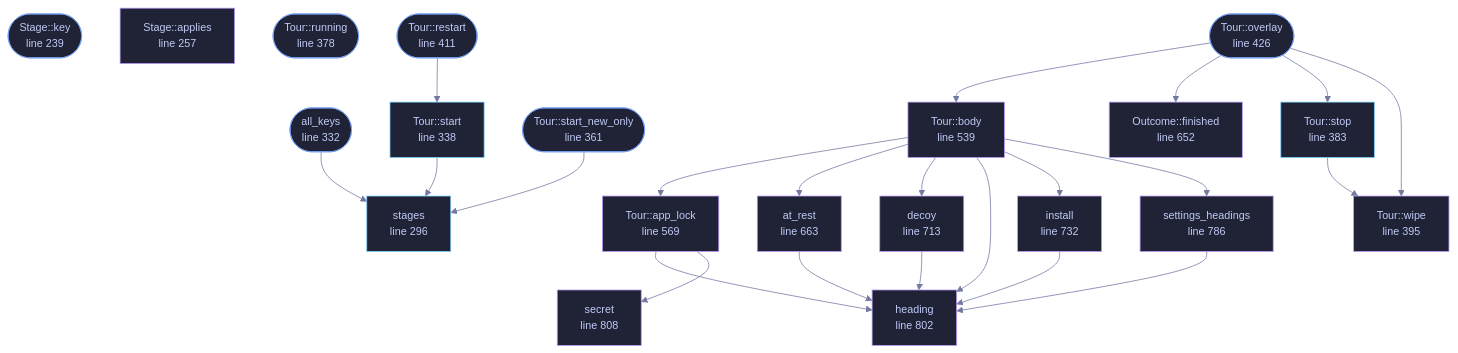
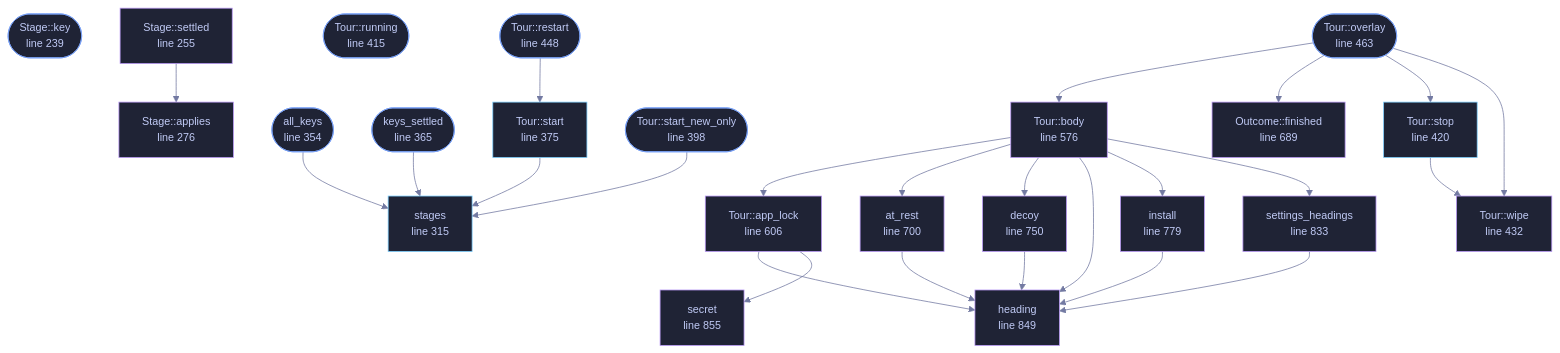
The diagram in docs/files/veilvoice-gui/tour.md (tilas01/veilvoice), drawn with Mermaid before and after one commit. The commit also changed other lines of this file and 48 other files, not shown here.

````diff
--- a/docs/files/veilvoice-gui/tour.md
+++ b/docs/files/veilvoice-gui/tour.md
@@ -173,71 +175,77 @@
 ```mermaid
 %%{init: {"theme":"base","themeVariables":{"background":"#1a1b26","primaryColor":"#1f2335","primaryTextColor":"#c0caf5","primaryBorderColor":"#7aa2f7","secondaryColor":"#16161e","tertiaryColor":"#16161e","lineColor":"#737aa2","textColor":"#c0caf5","mainBkg":"#1f2335","nodeBorder":"#7aa2f7","clusterBkg":"#16161e","clusterBorder":"#2f3549","fontFamily":"ui-monospace, SFMono-Regular, Consolas, monospace","fontSize":"14px"}}}%%
 flowchart TD
     n_key(["Stage::key<br/>line 239"])
-    n_applies["Stage::applies<br/>line 257"]
-    n_stages["stages<br/>line 296"]
-    n_all_keys(["all_keys<br/>line 332"])
-    n_start["Tour::start<br/>line 338"]
-    n_start_new_only(["Tour::start_new_only<br/>line 361"])
-    n_running(["Tour::running<br/>line 378"])
-    n_stop["Tour::stop<br/>line 383"]
-    n_wipe["Tour::wipe<br/>line 395"]
-    n_restart(["Tour::restart<br/>line 411"])
-    n_overlay(["Tour::overlay<br/>line 426"])
-    n_body["Tour::body<br/>line 539"]
-    n_app_lock["Tour::app_lock<br/>line 569"]
-    n_finished["Outcome::finished<br/>line 652"]
-    n_at_rest["at_rest<br/>line 663"]
-    n_decoy["decoy<br/>line 713"]
-    n_install["install<br/>line 732"]
-    n_settings_headings["settings_headings<br/>line 786"]
-    n_heading["heading<br/>line 802"]
-    n_secret["secret<br/>line 808"]
+    n_settled["Stage::settled<br/>line 255"]
+    n_applies["Stage::applies<br/>line 276"]
+    n_stages["stages<br/>line 315"]
+    n_all_keys(["all_keys<br/>line 354"])
+    n_keys_settled(["keys_settled<br/>line 365"])
+    n_start["Tour::start<br/>line 375"]
+    n_start_new_only(["Tour::start_new_only<br/>line 398"])
+    n_running(["Tour::running<br/>line 415"])
+    n_stop["Tour::stop<br/>line 420"]
+    n_wipe["Tour::wipe<br/>line 432"]
+    n_restart(["Tour::restart<br/>line 448"])
+    n_overlay(["Tour::overlay<br/>line 463"])
+    n_body["Tour::body<br/>line 576"]
+    n_app_lock["Tour::app_lock<br/>line 606"]
+    n_finished["Outcome::finished<br/>line 689"]
+    n_at_rest["at_rest<br/>line 700"]
+    n_decoy["decoy<br/>line 750"]
+    n_install["install<br/>line 779"]
+    n_settings_headings["settings_headings<br/>line 833"]
+    n_heading["heading<br/>line 849"]
+    n_secret["secret<br/>line 855"]
     n_all_keys --> n_stages
     n_app_lock --> n_heading
     n_app_lock --> n_secret
     n_at_rest --> n_heading
     n_body --> n_app_lock
     n_body --> n_at_rest
     n_body --> n_decoy
     n_body --> n_heading
     n_body --> n_install
     n_body --> n_settings_headings
     n_decoy --> n_heading
     n_install --> n_heading
+    n_keys_settled --> n_stages
     n_overlay --> n_body
     n_overlay --> n_finished
     n_overlay --> n_stop
     n_overlay --> n_wipe
     n_restart --> n_start
     n_settings_headings --> n_heading
+    n_settled --> n_applies
     n_start --> n_stages
     n_start_new_only --> n_stages
     n_stop --> n_wipe
     click n_key href "https://github.com/tilas01/veilvoice/blob/main/crates/veilvoice-gui/src/tour.rs#L239" "open the source"
-    click n_applies href "https://github.com/tilas01/veilvoice/blob/main/crates/veilvoice-gui/src/tour.rs#L257" "open the source"
-    click n_stages href "https://github.com/tilas01/veilvoice/blob/main/crates/veilvoice-gui/src/tour.rs#L296" "open the source"
-    click n_all_keys href "https://github.com/tilas01/veilvoice/blob/main/crates/veilvoice-gui/src/tour.rs#L332" "open the source"
-    click n_start href "https://github.com/tilas01/veilvoice/blob/main/crates/veilvoice-gui/src/tour.rs#L338" "open the source"
-    click n_start_new_only href "https://github.com/tilas01/veilvoice/blob/main/crates/veilvoice-gui/src/tour.rs#L361" "open the source"
-    click n_running href "https://github.com/tilas01/veilvoice/blob/main/crates/veilvoice-gui/src/tour.rs#L378" "open the source"
-    click n_stop href "https://github.com/tilas01/veilvoice/blob/main/crates/veilvoice-gui/src/tour.rs#L383" "open the source"
-    click n_wipe href "https://github.com/tilas01/veilvoice/blob/main/crates/veilvoice-gui/src/tour.rs#L395" "open the source"
-    click n_restart href "https://github.com/tilas01/veilvoice/blob/main/crates/veilvoice-gui/src/tour.rs#L411" "open the source"
-    click n_overlay href "https://github.com/tilas01/veilvoice/blob/main/crates/veilvoice-gui/src/tour.rs#L426" "open the source"
-    click n_body href "https://github.com/tilas01/veilvoice/blob/main/crates/veilvoice-gui/src/tour.rs#L539" "open the source"
-    click n_app_lock href "https://github.com/tilas01/veilvoice/blob/main/crates/veilvoice-gui/src/tour.rs#L569" "open the source"
-    click n_finished href "https://github.com/tilas01/veilvoice/blob/main/crates/veilvoice-gui/src/tour.rs#L652" "open the source"
-    click n_at_rest href "https://github.com/tilas01/veilvoice/blob/main/crates/veilvoice-gui/src/tour.rs#L663" "open the source"
-    click n_decoy href "https://github.com/tilas01/veilvoice/blob/main/crates/veilvoice-gui/src/tour.rs#L713" "open the source"
-    click n_install href "https://github.com/tilas01/veilvoice/blob/main/crates/veilvoice-gui/src/tour.rs#L732" "open the source"
-    click n_settings_headings href "https://github.com/tilas01/veilvoice/blob/main/crates/veilvoice-gui/src/tour.rs#L786" "open the source"
-    click n_heading href "https://github.com/tilas01/veilvoice/blob/main/crates/veilvoice-gui/src/tour.rs#L802" "open the source"
-    click n_secret href "https://github.com/tilas01/veilvoice/blob/main/crates/veilvoice-gui/src/tour.rs#L808" "open the source"
+    click n_settled href "https://github.com/tilas01/veilvoice/blob/main/crates/veilvoice-gui/src/tour.rs#L255" "open the source"
+    click n_applies href "https://github.com/tilas01/veilvoice/blob/main/crates/veilvoice-gui/src/tour.rs#L276" "open the source"
+    click n_stages href "https://github.com/tilas01/veilvoice/blob/main/crates/veilvoice-gui/src/tour.rs#L315" "open the source"
+    click n_all_keys href "https://github.com/tilas01/veilvoice/blob/main/crates/veilvoice-gui/src/tour.rs#L354" "open the source"
+    click n_keys_settled href "https://github.com/tilas01/veilvoice/blob/main/crates/veilvoice-gui/src/tour.rs#L365" "open the source"
+    click n_start href "https://github.com/tilas01/veilvoice/blob/main/crates/veilvoice-gui/src/tour.rs#L375" "open the source"
+    click n_start_new_only href "https://github.com/tilas01/veilvoice/blob/main/crates/veilvoice-gui/src/tour.rs#L398" "open the source"
+    click n_running href "https://github.com/tilas01/veilvoice/blob/main/crates/veilvoice-gui/src/tour.rs#L415" "open the source"
+    click n_stop href "https://github.com/tilas01/veilvoice/blob/main/crates/veilvoice-gui/src/tour.rs#L420" "open the source"
+    click n_wipe href "https://github.com/tilas01/veilvoice/blob/main/crates/veilvoice-gui/src/tour.rs#L432" "open the source"
+    click n_restart href "https://github.com/tilas01/veilvoice/blob/main/crates/veilvoice-gui/src/tour.rs#L448" "open the source"
+    click n_overlay href "https://github.com/tilas01/veilvoice/blob/main/crates/veilvoice-gui/src/tour.rs#L463" "open the source"
+    click n_body href "https://github.com/tilas01/veilvoice/blob/main/crates/veilvoice-gui/src/tour.rs#L576" "open the source"
+    click n_app_lock href "https://github.com/tilas01/veilvoice/blob/main/crates/veilvoice-gui/src/tour.rs#L606" "open the source"
+    click n_finished href "https://github.com/tilas01/veilvoice/blob/main/crates/veilvoice-gui/src/tour.rs#L689" "open the source"
+    click n_at_rest href "https://github.com/tilas01/veilvoice/blob/main/crates/veilvoice-gui/src/tour.rs#L700" "open the source"
+    click n_decoy href "https://github.com/tilas01/veilvoice/blob/main/crates/veilvoice-gui/src/tour.rs#L750" "open the source"
+    click n_install href "https://github.com/tilas01/veilvoice/blob/main/crates/veilvoice-gui/src/tour.rs#L779" "open the source"
+    click n_settings_headings href "https://github.com/tilas01/veilvoice/blob/main/crates/veilvoice-gui/src/tour.rs#L833" "open the source"
+    click n_heading href "https://github.com/tilas01/veilvoice/blob/main/crates/veilvoice-gui/src/tour.rs#L849" "open the source"
+    click n_secret href "https://github.com/tilas01/veilvoice/blob/main/crates/veilvoice-gui/src/tour.rs#L855" "open the source"
     classDef entry fill:#1f2335,stroke:#7aa2f7,color:#c0caf5
-    class n_key,n_all_keys,n_start_new_only,n_running,n_restart,n_overlay entry
+    class n_key,n_all_keys,n_keys_settled,n_start_new_only,n_running,n_restart,n_overlay entry
     classDef api fill:#1f2335,stroke:#7dcfff,color:#c0caf5
     class n_stages,n_start,n_stop api
     classDef helper fill:#1f2335,stroke:#bb9af7,color:#c0caf5
-    class n_applies,n_wipe,n_body,n_app_lock,n_finished,n_at_rest,n_decoy,n_install,n_settings_headings,n_heading,n_secret helper
+    class n_settled,n_applies,n_wipe,n_body,n_app_lock,n_finished,n_at_rest,n_decoy,n_install,n_settings_headings,n_heading,n_secret helper
 ```
````
